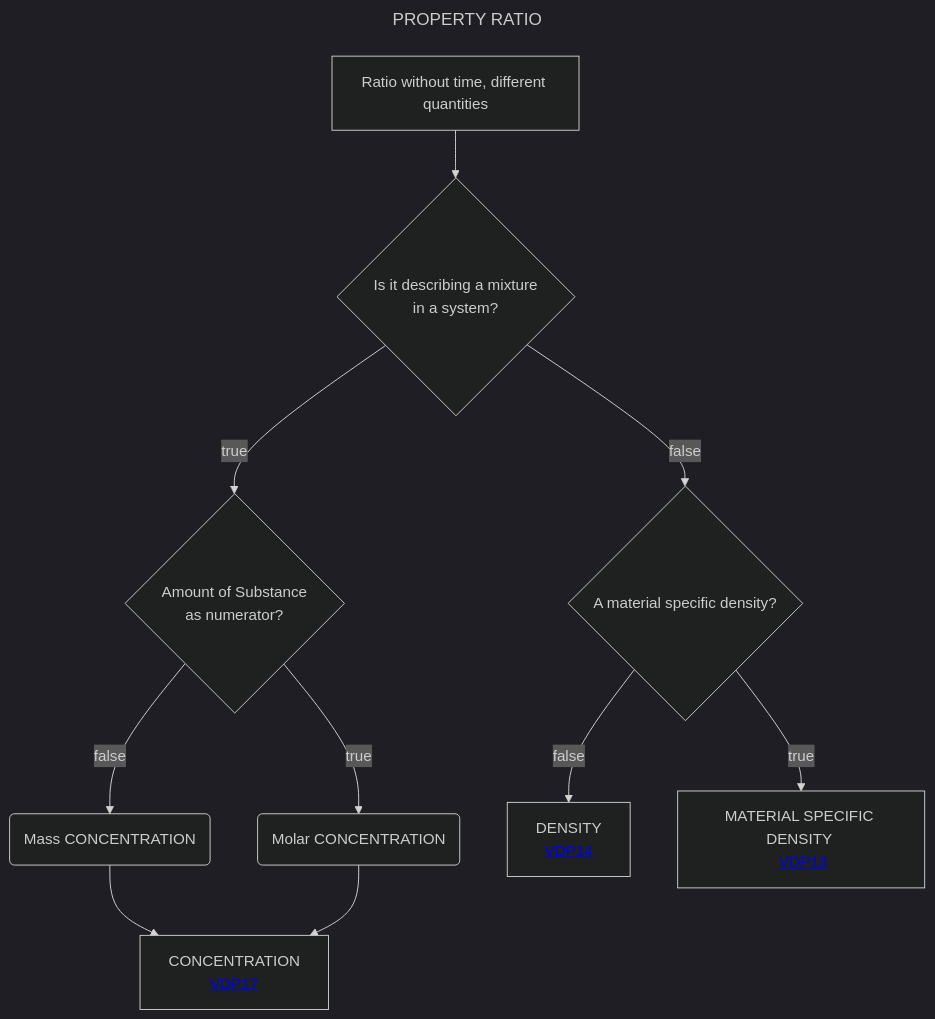
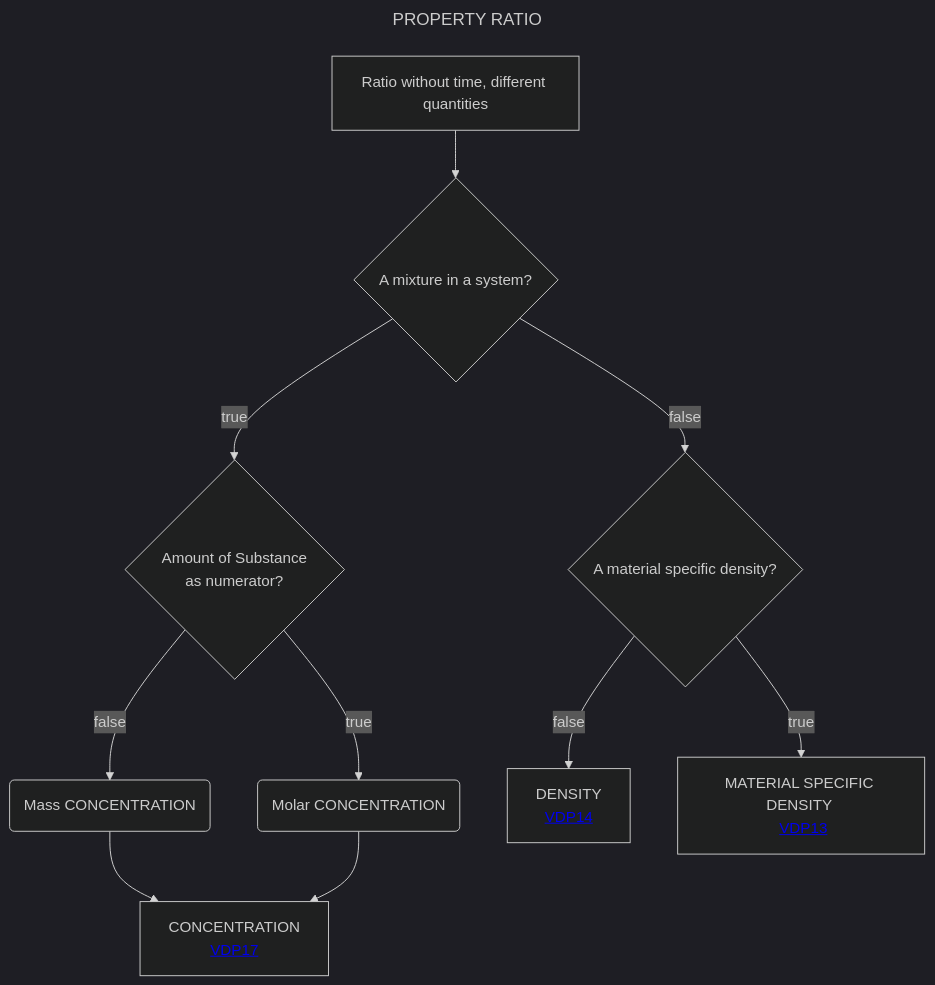
One commit to mabablue/I-ADOPT-patterns-playground changed the diagram in Decisition_trees/DT4.mmd. Above: the diagram before and after it, drawn with Mermaid (dark theme).

```diff
--- a/Decisition_trees/DT4.mmd
+++ b/Decisition_trees/DT4.mmd
@@ -1,13 +1,13 @@
 ---
 title: PROPERTY RATIO
 ---
 flowchart TD
-    A[Ratio without time, different quantities] --> P{Is it describing a mixture <br> in a system?}
+    A[Ratio without time, different quantities] --> P{A mixture in a system?}
     P --> |true|Q{Amount of Substance <br> as numerator?}
     Q --> |true|R(Molar CONCENTRATION)
     Q --> |false|S(Mass CONCENTRATION)
     P --> |false|U{A material specific density?}
     S --> T[CONCENTRATION <br> <a href='https://github.com/mabablue/I-ADOPT-patterns-playground/blob/main/pattern/VDP17.yaml'>VDP17</a>]
     R --> T
     U --> |false|V[DENSITY <br> <a href='https://github.com/mabablue/I-ADOPT-patterns-playground/blob/main/pattern/VDP14.yaml'>VDP14</a>]
     U --> |true|X[MATERIAL SPECIFIC DENSITY <br> <a href='https://github.com/mabablue/I-ADOPT-patterns-playground/blob/main/pattern/VDP13.yaml'>VDP13</a>]
```
